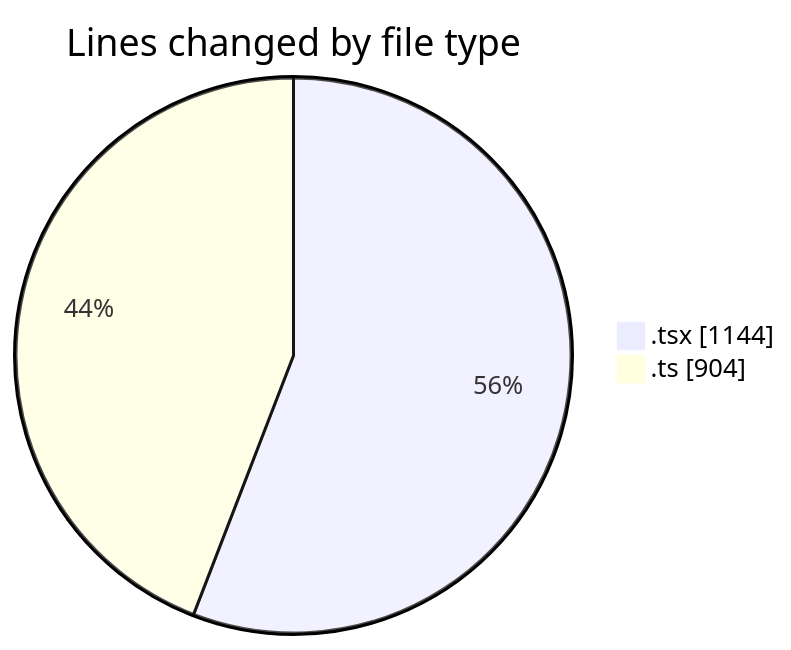
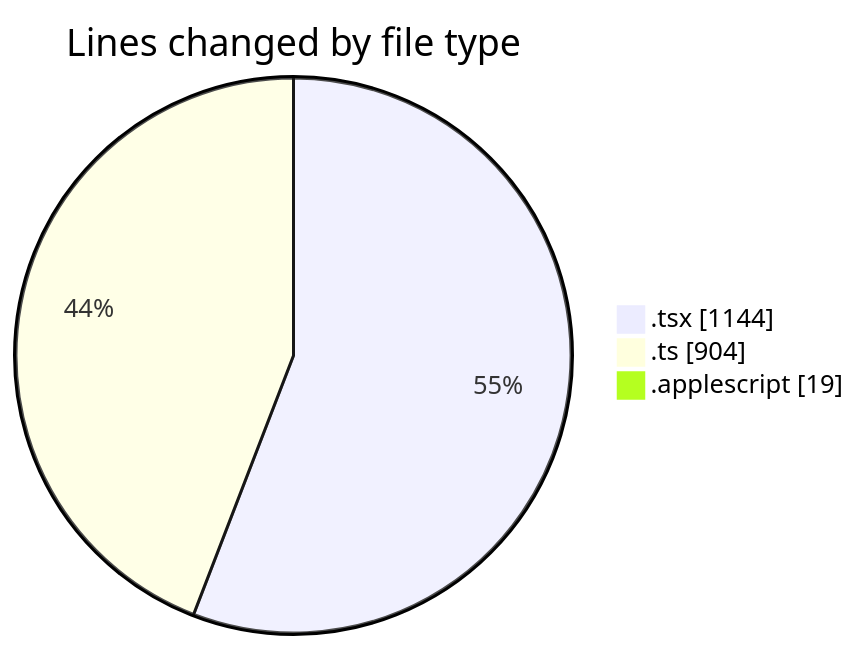
One commit to EIIisD/code-tracking changed the first of 2 diagrams in 2025-07-11/ribbon/README.md. Above: the diagram before and after it, drawn with Mermaid. The commit also changed other lines of this file and 1 other file, not shown here.

````diff
--- a/2025-07-11/ribbon/README.md
+++ b/2025-07-11/ribbon/README.md
@@ -30,6 +31,7 @@
 ```mermaid
 pie showData
 title Lines changed by file type
 ".tsx" : 1144
 ".ts" : 904
+".applescript" : 19
 ```
````
